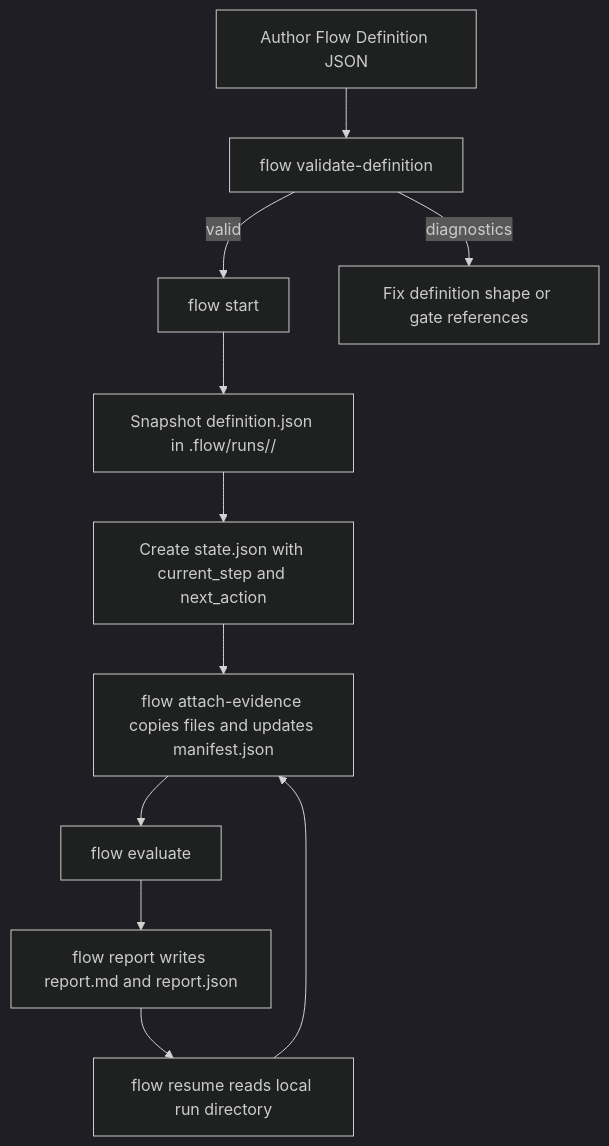
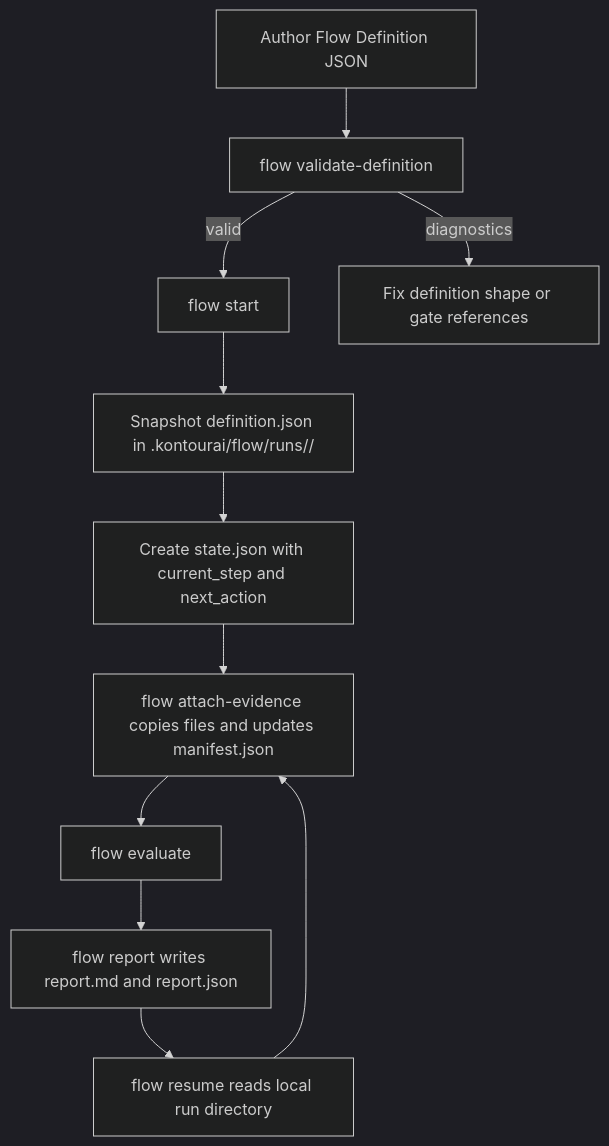
Before and after one commit to kontourai/flow: the first of 7 diagrams in docs/developer-architecture.md, drawn with Mermaid (dark theme). The commit also changed other lines of this file and 57 other files, not shown here.

First line of the commit message:
feat!: move generated Flow state to .kontourai/flow (#112)

````diff
--- a/docs/developer-architecture.md
+++ b/docs/developer-architecture.md
@@ -28,13 +28,13 @@
 ```mermaid
 flowchart TD
   Author["Author Flow Definition JSON"] --> Validate["flow validate-definition"]
   Validate -->|valid| Start["flow start"]
   Validate -->|diagnostics| FixDefinition["Fix definition shape or gate references"]
-  Start --> Snapshot["Snapshot definition.json in .flow/runs/<run-id>/"]
+  Start --> Snapshot["Snapshot definition.json in .kontourai/flow/runs/<run-id>/"]
   Snapshot --> State["Create state.json with current_step and next_action"]
   State --> Attach["flow attach-evidence copies files and updates manifest.json"]
   Attach --> Evaluate["flow evaluate"]
   Evaluate --> Report["flow report writes report.md and report.json"]
   Report --> Resume["flow resume reads local run directory"]
   Resume --> Attach
 ```
````
